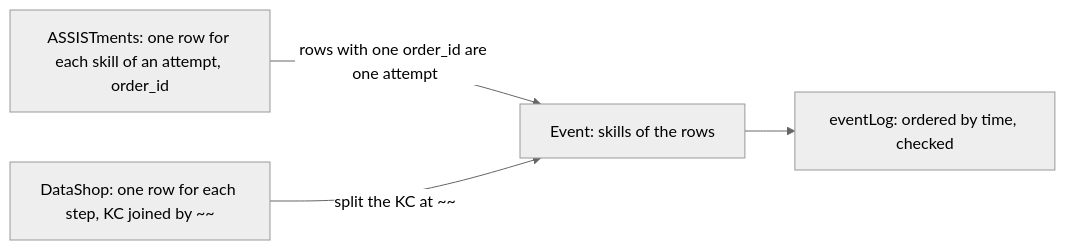
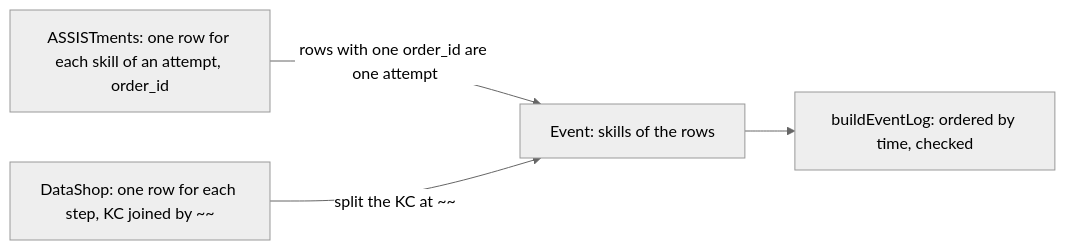
One commit to measurekit/measurekit changed the second of 2 diagrams in docs/knowledge-tracing/data.md. Above: the diagram before and after it, drawn with Mermaid (neutral theme). The commit also changed other lines of this file and 118 other files, not shown here.

````diff
--- a/docs/knowledge-tracing/data.md
+++ b/docs/knowledge-tracing/data.md
@@ -135,6 +135,6 @@
 ```mermaid
 flowchart LR
   A["ASSISTments: one row for each skill of an attempt, order_id"] -->|"rows with one order_id are one attempt"| E["Event: skills of the rows"]
   D["DataShop: one row for each step, KC joined by ~~"] -->|"split the KC at ~~"| E
-  E --> L["eventLog: ordered by time, checked"]
+  E --> L["buildEventLog: ordered by time, checked"]
 ```
````
